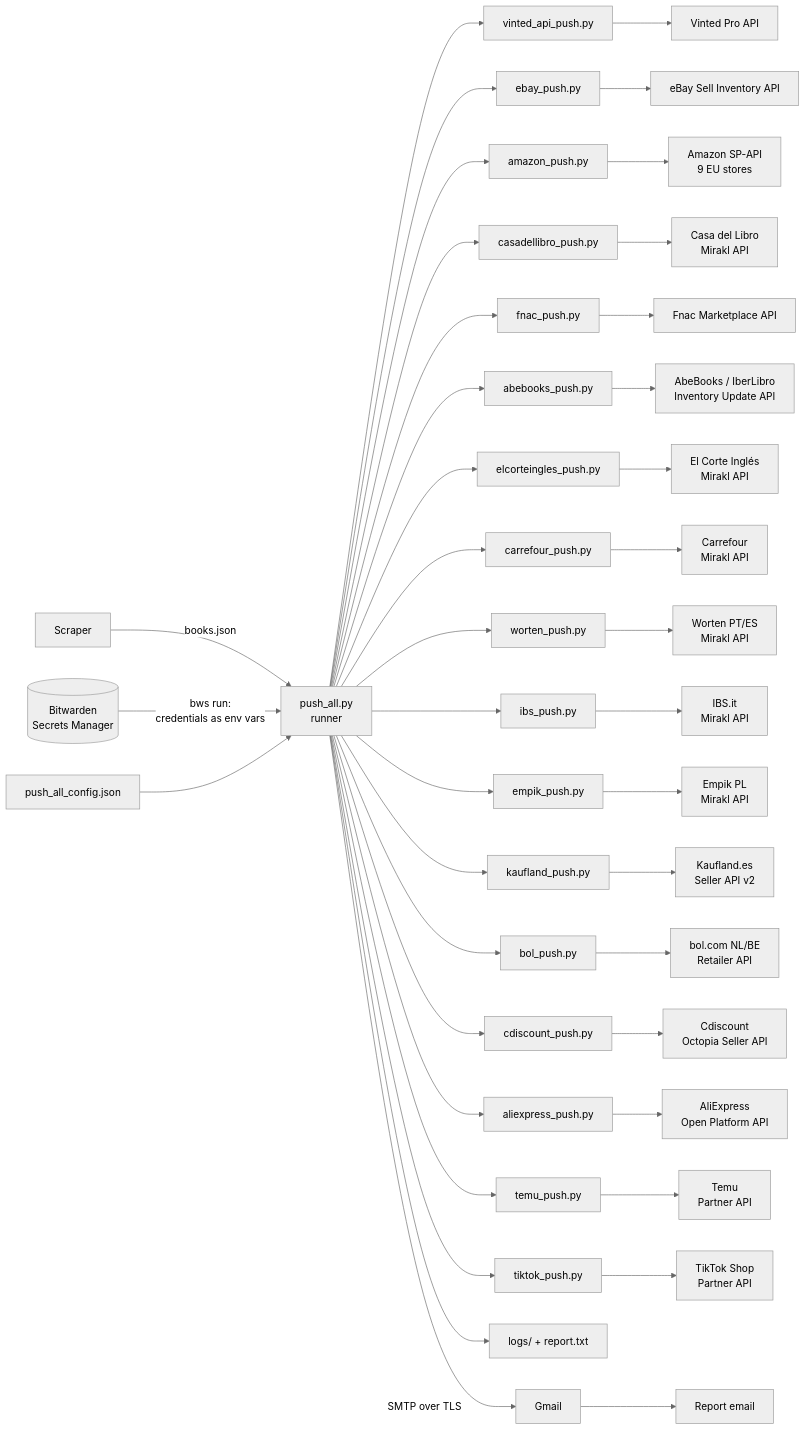
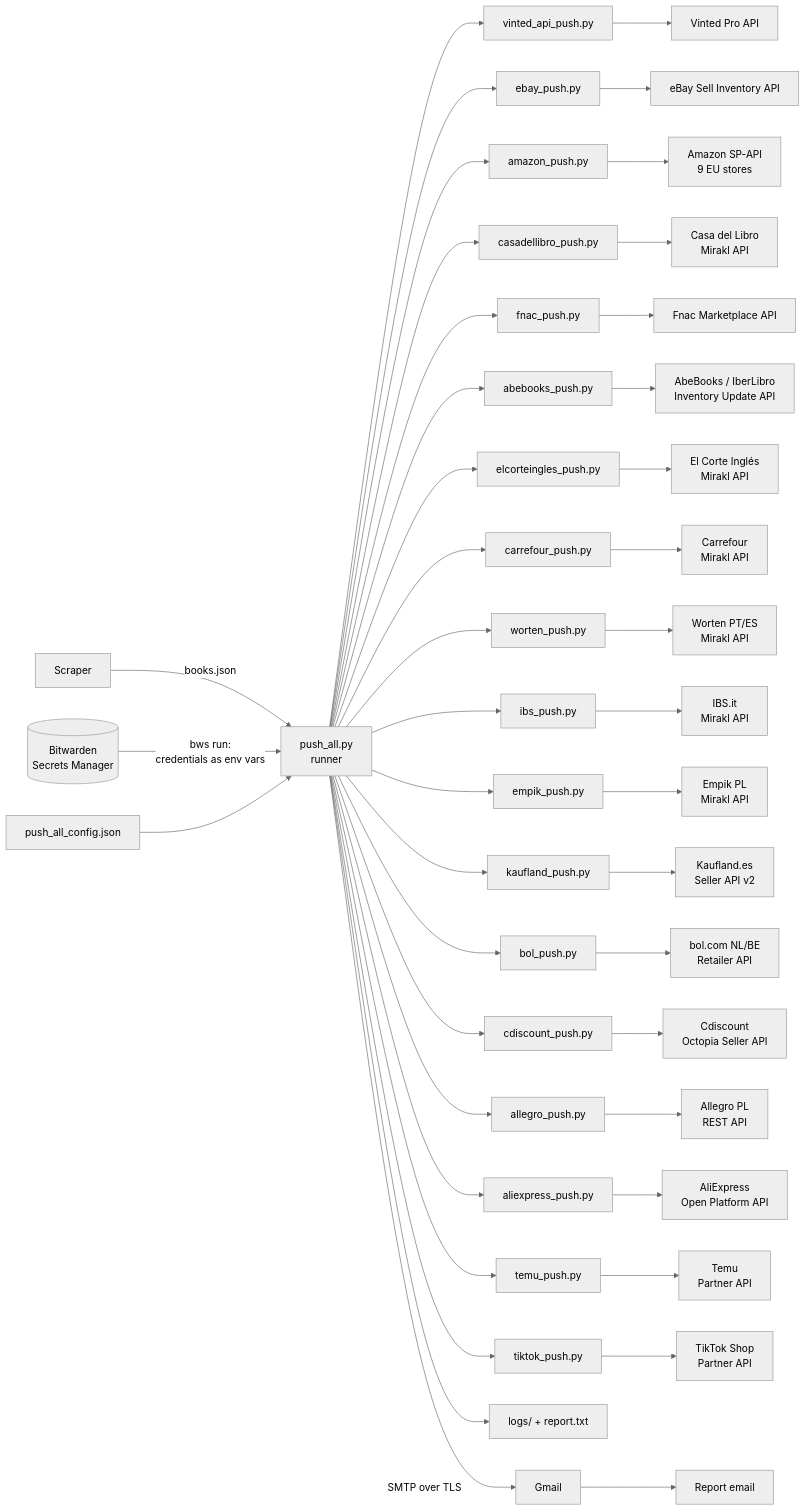
One commit to DavisGalla/products-api-push changed the diagram in docs/architecture.md. Above: the diagram before and after it, drawn with Mermaid (neutral theme). The commit also changed other lines of this file and 13 other files, not shown here.

Commit message:
Add Allegro pusher (REST API, device-flow auth, PLN); include it in push_all, docs, architecture and capabilities PDFs

````diff
--- a/docs/architecture.md
+++ b/docs/architecture.md
@@ -29,25 +29,26 @@
 ```mermaid
 flowchart LR
     S[Scraper] -->|books.json| R
     BW[(Bitwarden<br>Secrets Manager)] -->|bws run:<br>credentials as env vars| R
     C[push_all_config.json] --> R
     R[push_all.py<br>runner] --> V[vinted_api_push.py] --> VA[Vinted Pro API]
     R --> E[ebay_push.py] --> EA[eBay Sell Inventory API]
     R --> A[amazon_push.py] --> AA[Amazon SP-API<br>9 EU stores]
     R --> CL[casadellibro_push.py] --> CLA[Casa del Libro<br>Mirakl API]
     R --> F[fnac_push.py] --> FA[Fnac Marketplace API]
     R --> AB[abebooks_push.py] --> ABA[AbeBooks / IberLibro<br>Inventory Update API]
     R --> EC[elcorteingles_push.py] --> ECA[El Corte Inglés<br>Mirakl API]
     R --> CF[carrefour_push.py] --> CFA[Carrefour<br>Mirakl API]
     R --> W[worten_push.py] --> WA[Worten PT/ES<br>Mirakl API]
     R --> IB[ibs_push.py] --> IBA[IBS.it<br>Mirakl API]
     R --> EM[empik_push.py] --> EMA[Empik PL<br>Mirakl API]
     R --> K[kaufland_push.py] --> KA[Kaufland.es<br>Seller API v2]
     R --> BO[bol_push.py] --> BOA[bol.com NL/BE<br>Retailer API]
     R --> CD[cdiscount_push.py] --> CDA[Cdiscount<br>Octopia Seller API]
+    R --> AL[allegro_push.py] --> ALA[Allegro PL<br>REST API]
     R --> AE[aliexpress_push.py] --> AEA[AliExpress<br>Open Platform API]
     R --> TM[temu_push.py] --> TMA[Temu<br>Partner API]
     R --> TT[tiktok_push.py] --> TTA[TikTok Shop<br>Partner API]
     R --> L[logs/ + report.txt]
     R -->|SMTP over TLS| G[Gmail] --> M[Report email]
 ```
````
